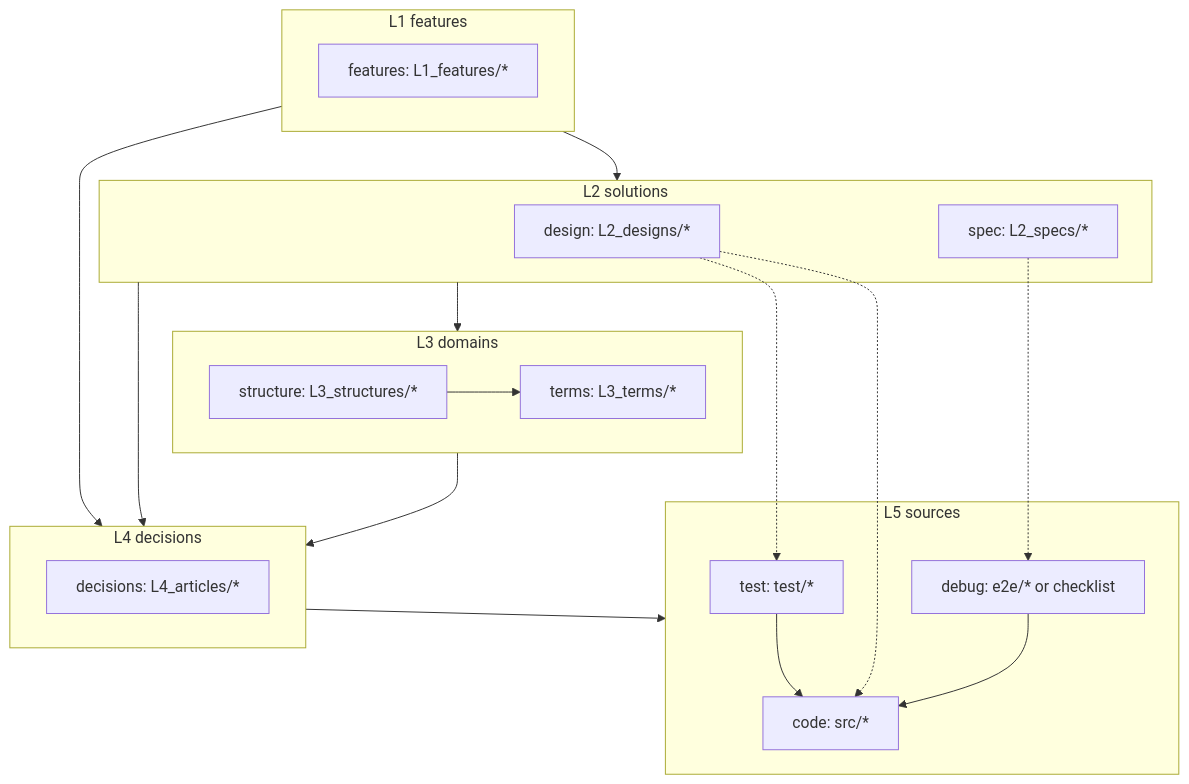
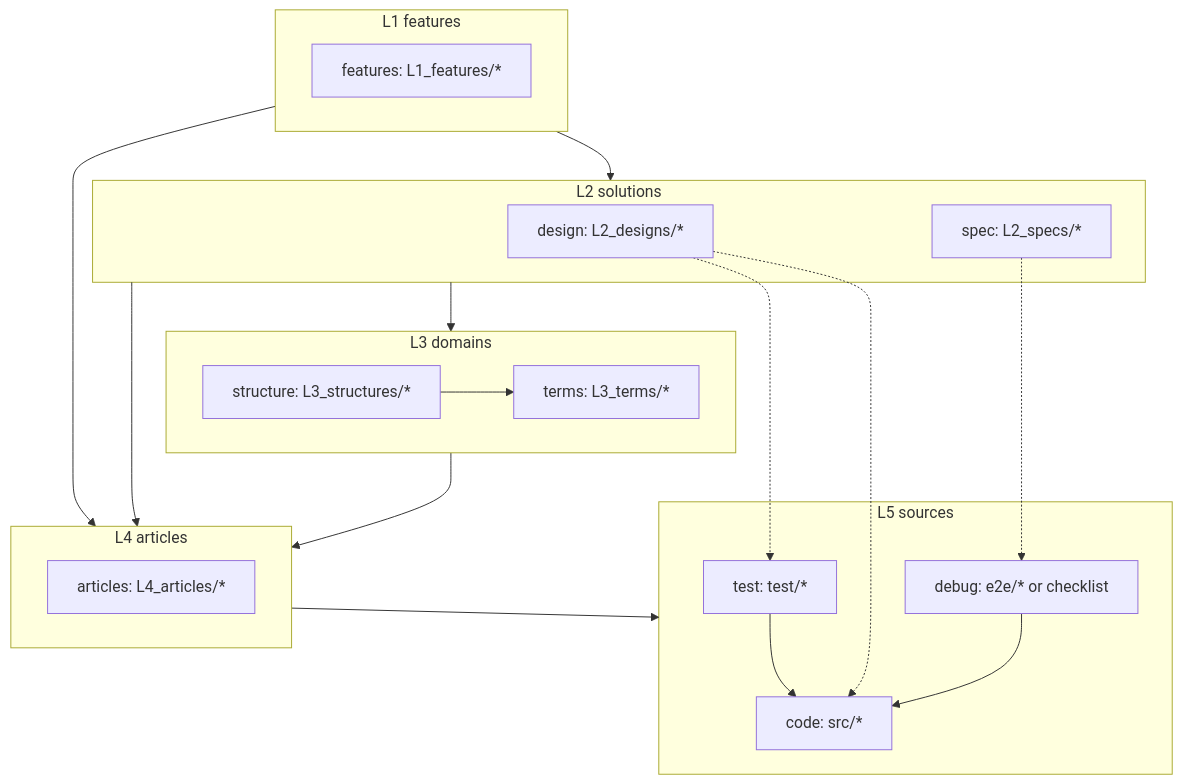
The first of 3 diagrams in docs/archivist/L3_structures/document-layers.md (gameundwatch/archivist), drawn with Mermaid before and after one commit. The commit also changed other lines of this file and 71 other files, not shown here.

````diff
--- a/docs/archivist/L3_structures/document-layers.md
+++ b/docs/archivist/L3_structures/document-layers.md
@@ -7,31 +7,31 @@
 ```mermaid
 flowchart TD
     subgraph L1[L1 features]
         feature[features: L1_features/*]
     end
     subgraph L2[L2 solutions]
         design[design: L2_designs/*]
         spec[spec: L2_specs/*]
     end
     subgraph L3[L3 domains]
         terms[terms: L3_terms/*]
         structure[structure: L3_structures/*]
     end
-    subgraph L4[L4 decisions]
-        decision[decisions: L4_articles/*]
+    subgraph L4[L4 articles]
+        article[articles: L4_articles/*]
     end
     subgraph L5[L5 sources]
         code[code: src/*]
         test[test: test/*]
         debug[debug: e2e/* or checklist]
     end
     L1 --> L2 --> L3 --> L4 --> L5
     L1 --> L4
     L2 --> L4
     structure --> terms
     test --> code
     debug --> code
     design -.-> code
     design -.-> test
     spec -.-> debug
 ```
````
